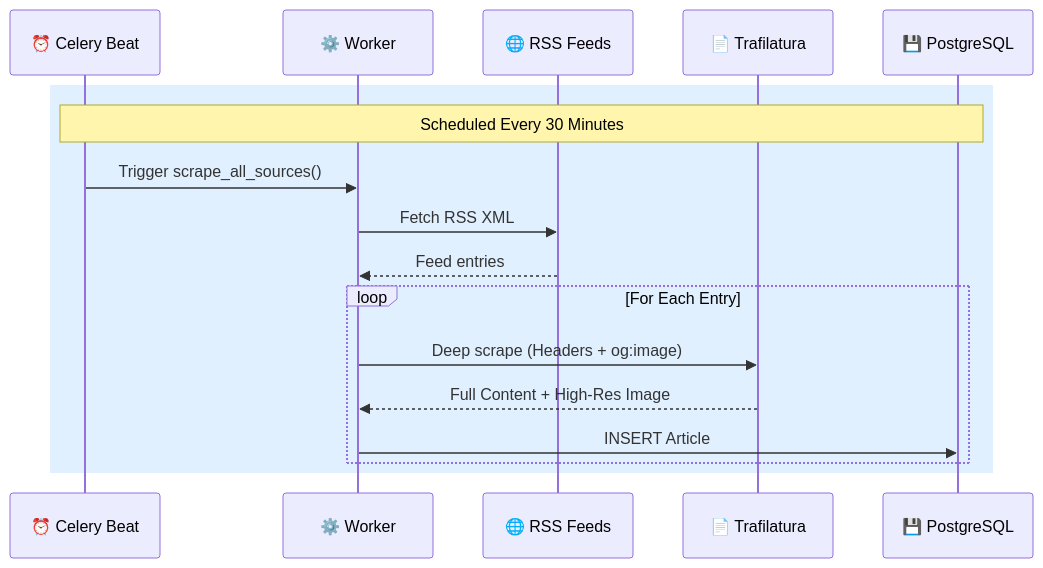
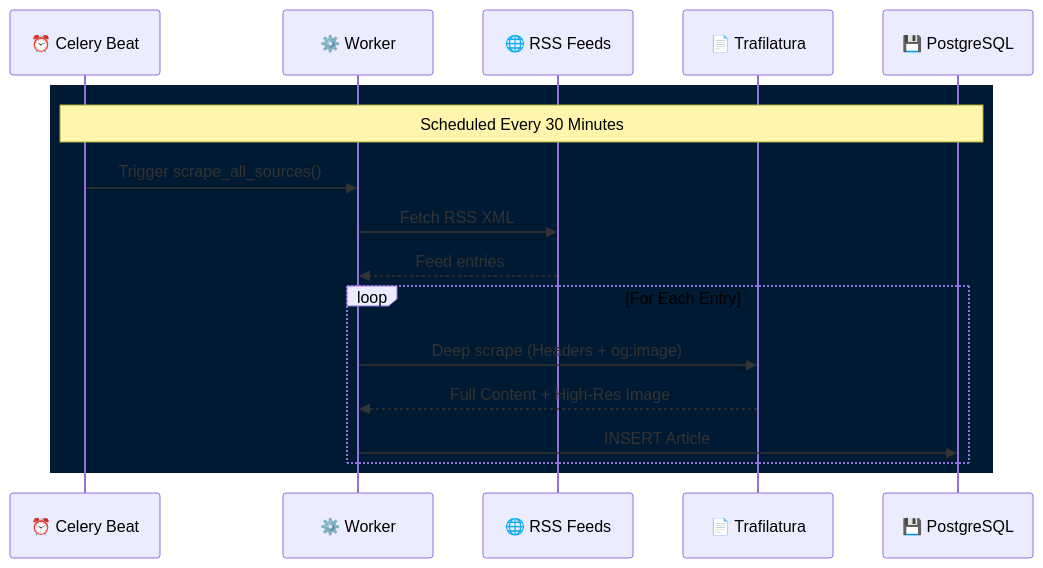
Before and after one commit to emmanuelrichard01/ULTRA-NEWS: the second of 3 diagrams in README.md, drawn with Mermaid. The commit also changed other lines of this file, not shown here.

Commit message:
style: Update diagram rectangle background colors in README.

````diff
--- a/README.md
+++ b/README.md
@@ -145,21 +145,21 @@
 ```mermaid
 sequenceDiagram
     participant Beat as ⏰ Celery Beat
     participant Worker as ⚙️ Worker
     participant RSS as 🌐 RSS Feeds
     participant Traf as 📄 Trafilatura
     participant DB as 💾 PostgreSQL
 
-    rect rgb(225, 240, 255)
+    rect rgb(0, 26, 51)
         Note over Beat,DB: Scheduled Every 30 Minutes
         Beat->>Worker: Trigger scrape_all_sources()
         Worker->>RSS: Fetch RSS XML
         RSS-->>Worker: Feed entries
         
         loop For Each Entry
             Worker->>Traf: Deep scrape (Headers + og:image)
             Traf-->>Worker: Full Content + High-Res Image
             Worker->>DB: INSERT Article
         end
     end
 ```
````
